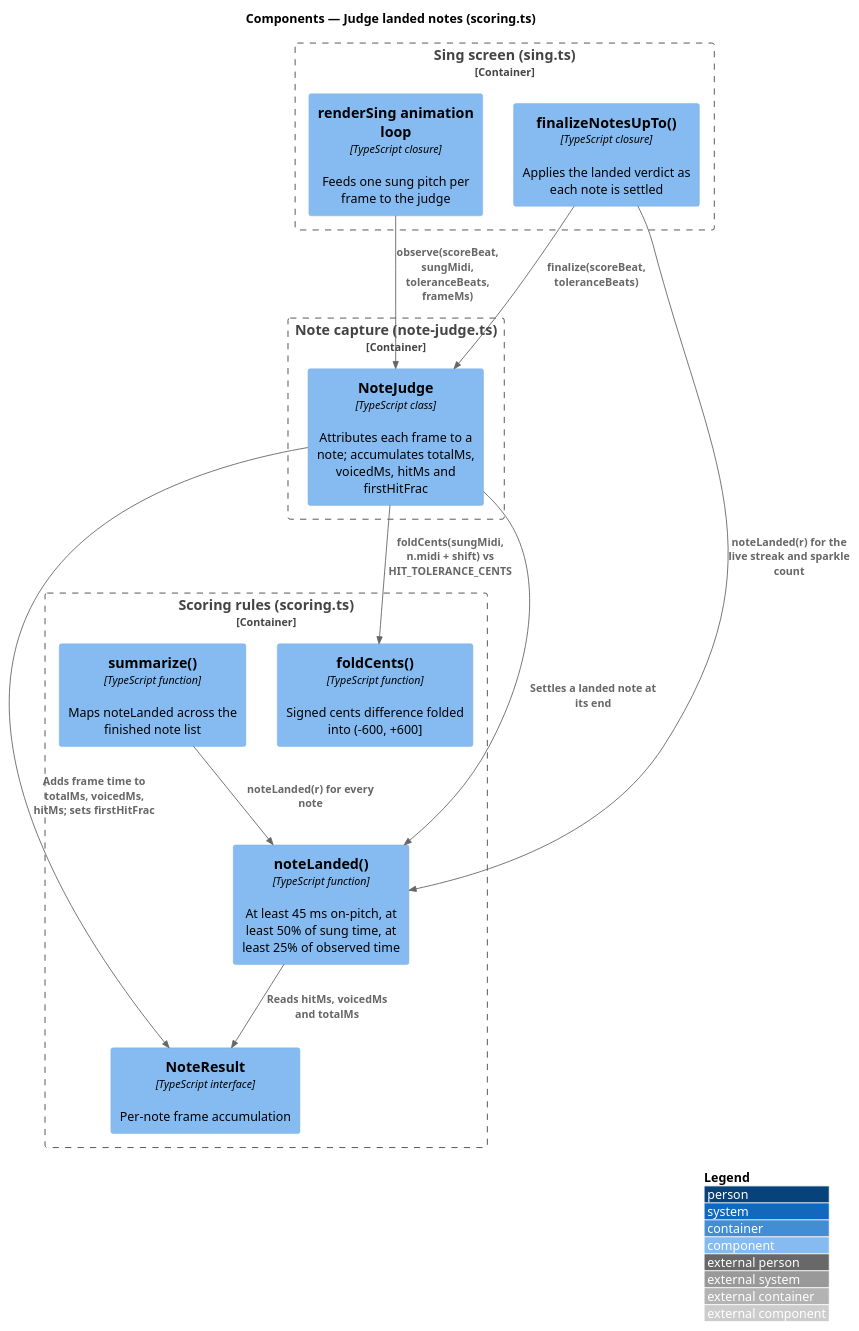
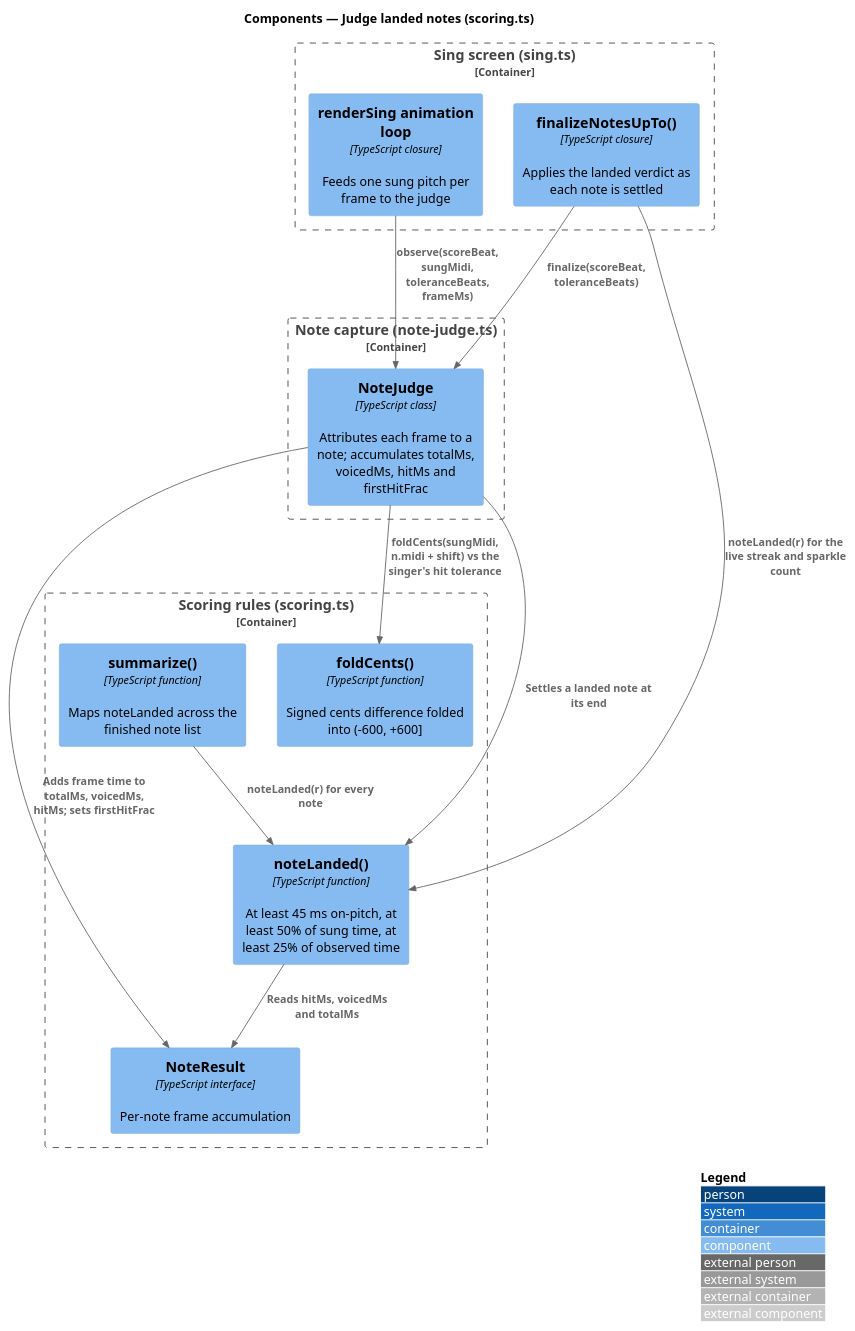
Before and after one commit to QuinntyneBrown/TwinkleTune: the diagram in docs/detailed-designs/scoring-and-results/judge-landed-notes/diagrams/c4-component.puml, drawn with PlantUML. The commit also changed 83 other files, not shown here.

```diff
--- a/docs/detailed-designs/scoring-and-results/judge-landed-notes/diagrams/c4-component.puml
+++ b/docs/detailed-designs/scoring-and-results/judge-landed-notes/diagrams/c4-component.puml
@@ -1,28 +1,28 @@
 @startuml
 !include <C4/C4_Component>
 LAYOUT_WITH_LEGEND()
 title Components — Judge landed notes (scoring.ts)
 
 Container_Boundary(sing, "Sing screen (sing.ts)") {
   Component(loop, "renderSing animation loop", "TypeScript closure", "Feeds one sung pitch per frame to the judge")
   Component(finalize, "finalizeNotesUpTo()", "TypeScript closure", "Applies the landed verdict as each note is settled")
 }
 Container_Boundary(judgeMod, "Note capture (note-judge.ts)") {
   Component(judge, "NoteJudge", "TypeScript class", "Attributes each frame to a note; accumulates totalMs, voicedMs, hitMs and firstHitFrac")
 }
 Container_Boundary(scoring, "Scoring rules (scoring.ts)") {
   Component(fold, "foldCents()", "TypeScript function", "Signed cents difference folded into (-600, +600]")
   Component(landed, "noteLanded()", "TypeScript function", "At least 45 ms on-pitch, at least 50% of sung time, at least 25% of observed time")
   Component(result, "NoteResult", "TypeScript interface", "Per-note frame accumulation")
   Component(summarize, "summarize()", "TypeScript function", "Maps noteLanded across the finished note list")
 }
 
 Rel(loop, judge, "observe(scoreBeat, sungMidi, toleranceBeats, frameMs)")
-Rel(judge, fold, "foldCents(sungMidi, n.midi + shift) vs HIT_TOLERANCE_CENTS")
+Rel(judge, fold, "foldCents(sungMidi, n.midi + shift) vs the singer's hit tolerance")
 Rel(judge, result, "Adds frame time to totalMs, voicedMs, hitMs; sets firstHitFrac")
 Rel(finalize, judge, "finalize(scoreBeat, toleranceBeats)")
 Rel(judge, landed, "Settles a landed note at its end")
 Rel(finalize, landed, "noteLanded(r) for the live streak and sparkle count")
 Rel(landed, result, "Reads hitMs, voicedMs and totalMs")
 Rel(summarize, landed, "noteLanded(r) for every note")
 @enduml
```
